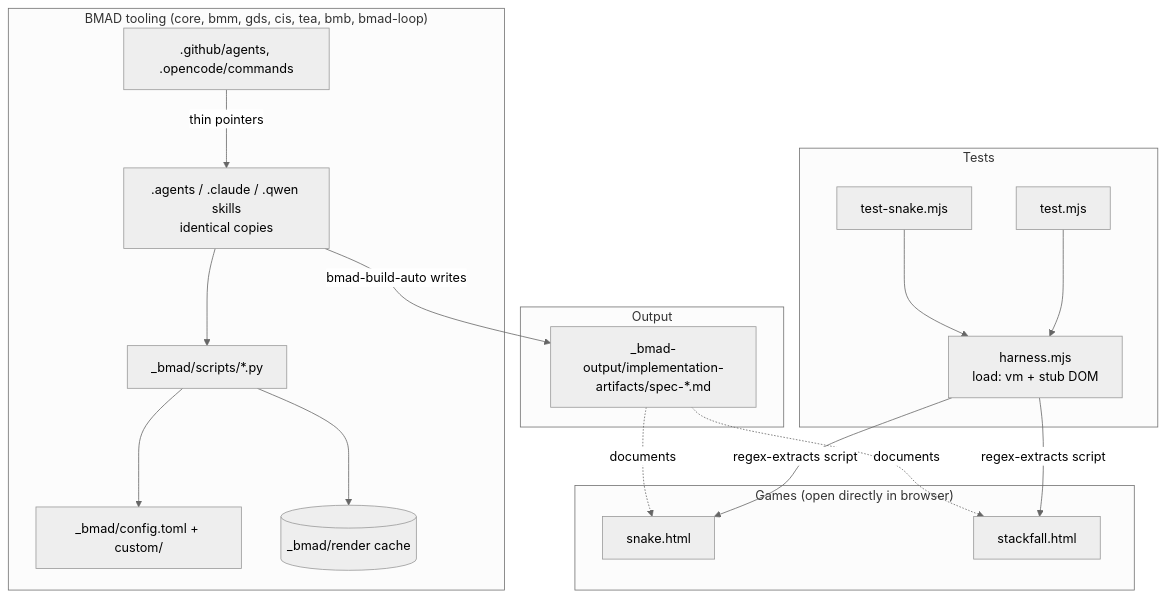
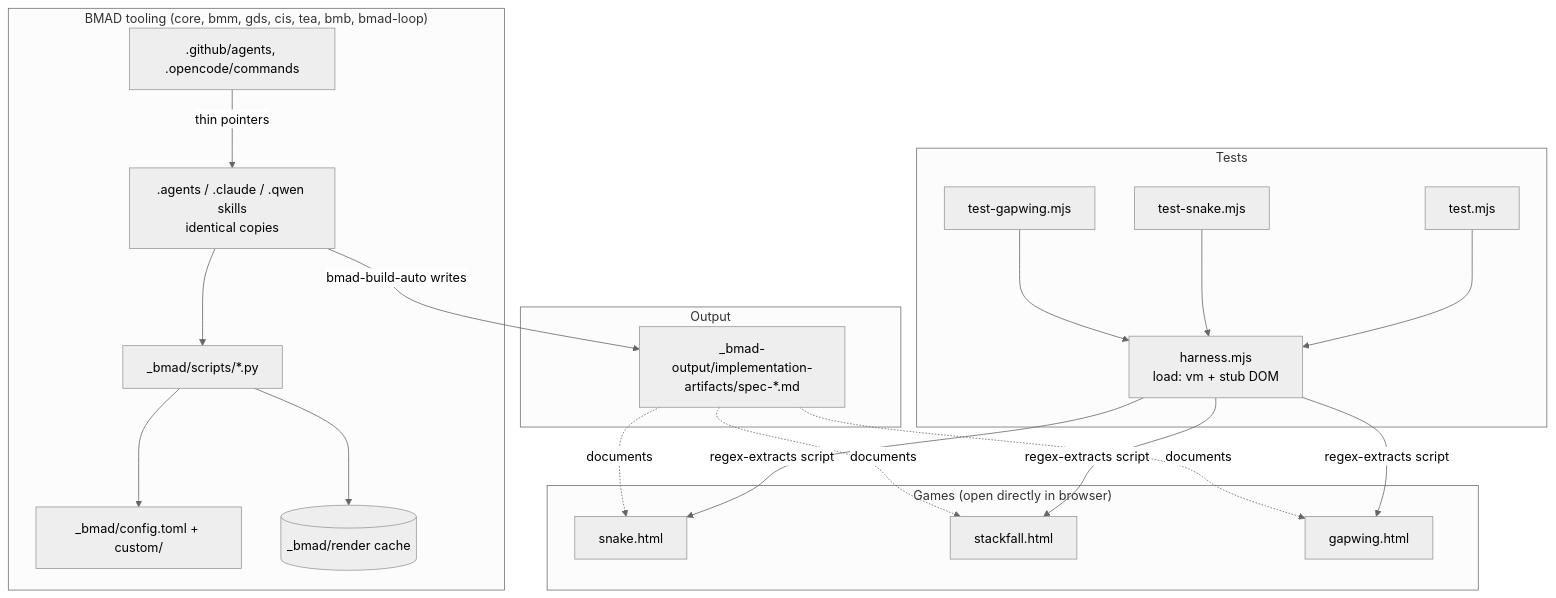
The first of 3 diagrams in docs/CODEBASE_MAP.md (KPharcos/retro-games), drawn with Mermaid (neutral theme) before and after one commit. The commit also changed other lines of this file and 5 other files, not shown here.

````diff
--- a/docs/CODEBASE_MAP.md
+++ b/docs/CODEBASE_MAP.md
@@ -19,33 +19,38 @@
 ```mermaid
 graph TB
     subgraph Games["Games (open directly in browser)"]
         Snake[snake.html]
         Stack[stackfall.html]
+        Gap[gapwing.html]
     end
     subgraph Tests
         H[harness.mjs<br/>load: vm + stub DOM]
         TS[test-snake.mjs]
         T[test.mjs]
+        TG[test-gapwing.mjs]
     end
     subgraph BMAD["BMAD tooling (core, bmm, gds, cis, tea, bmb, bmad-loop)"]
         Cfg[_bmad/config.toml + custom/]
         Scripts[_bmad/scripts/*.py]
         Render[(_bmad/render cache)]
         Skills[.agents / .claude / .qwen skills<br/>identical copies]
         Adapters[.github/agents, .opencode/commands]
     end
     subgraph Output
         Specs[_bmad-output/implementation-artifacts/spec-*.md]
     end
     T --> H
     TS --> H
+    TG --> H
     H -->|regex-extracts script| Stack
     H -->|regex-extracts script| Snake
+    H -->|regex-extracts script| Gap
     Skills --> Scripts
     Scripts --> Cfg
     Scripts --> Render
     Adapters -->|thin pointers| Skills
     Skills -->|bmad-build-auto writes| Specs
     Specs -.documents.-> Snake
     Specs -.documents.-> Stack
+    Specs -.documents.-> Gap
 ```
````
